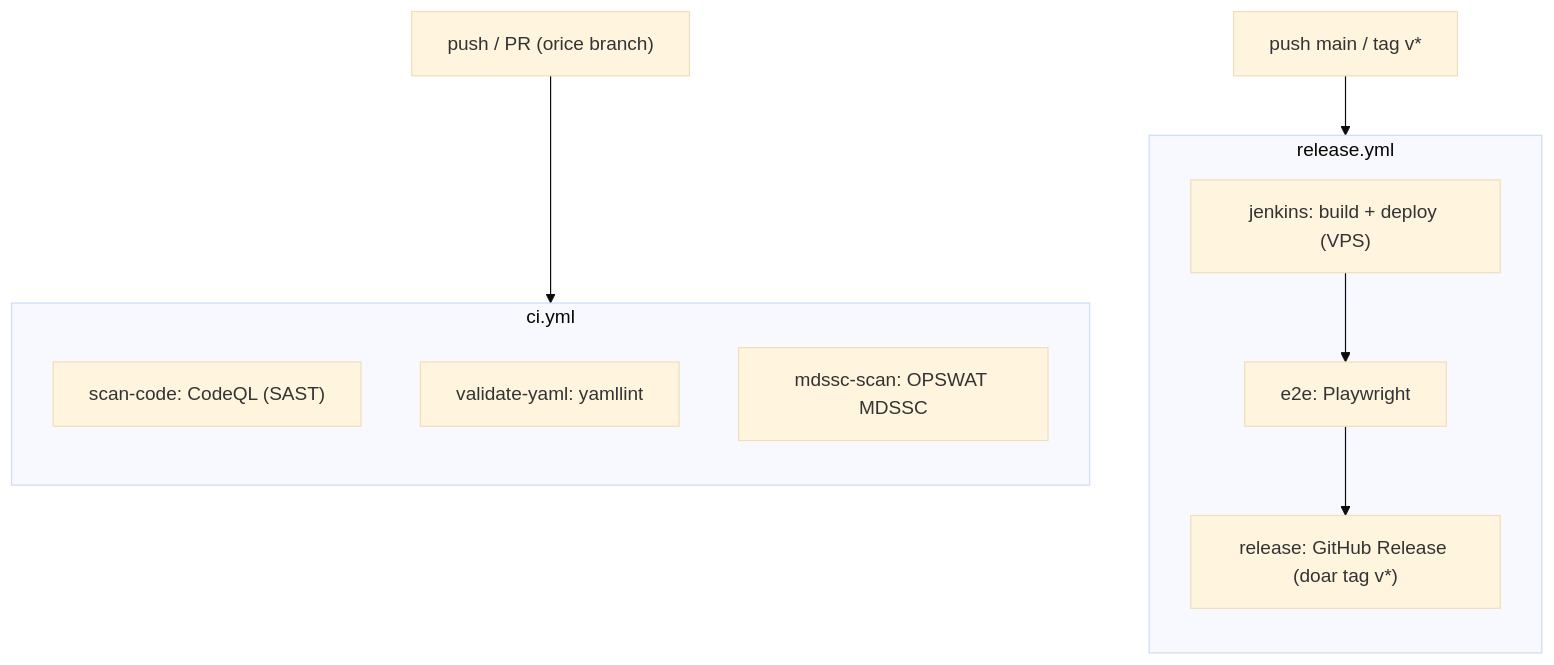
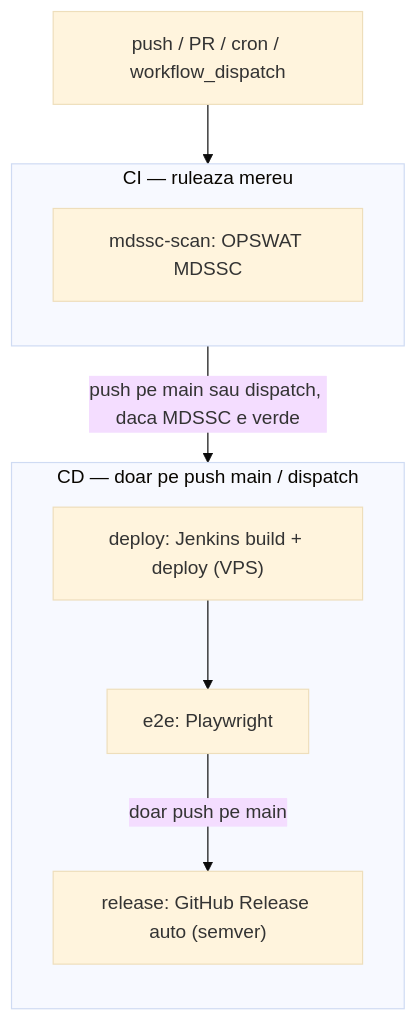
One commit to ioanamhl/mdssc_project changed the first of 2 diagrams in workflows.md. Above: the diagram before and after it, drawn with Mermaid (base theme). The commit also changed other lines of this file and 4 other files, not shown here.

First line of the commit message:
ci: consolidate CI/CD into single cicd.yml workflow (Adi)

````diff
--- a/workflows.md
+++ b/workflows.md
@@ -7,18 +7,16 @@
 ```mermaid
 flowchart TD
-    push["push / PR (orice branch)"] --> CI
-    mainTag["push main / tag v*"] --> REL
+    trig["push / PR / cron / workflow_dispatch"] --> CI
+    CI -->|push pe main sau dispatch, daca MDSSC e verde| CD
 
-    subgraph CI [ci.yml]
+    subgraph CI [CI — ruleaza mereu]
         direction TB
-        ciCodeql["scan-code: CodeQL (SAST)"]
-        ciYaml["validate-yaml: yamllint"]
         ciMdssc["mdssc-scan: OPSWAT MDSSC"]
     end
 
-    subgraph REL [release.yml]
+    subgraph CD [CD — doar pe push main / dispatch]
         direction TB
-        relJenkins["jenkins: build + deploy (VPS)"] --> relE2e["e2e: Playwright"]
-        relE2e --> relRelease["release: GitHub Release (doar tag v*)"]
+        cdDeploy["deploy: Jenkins build + deploy (VPS)"] --> cdE2e["e2e: Playwright"]
+        cdE2e -->|doar push pe main| cdRelease["release: GitHub Release auto (semver)"]
     end
 ```
````
